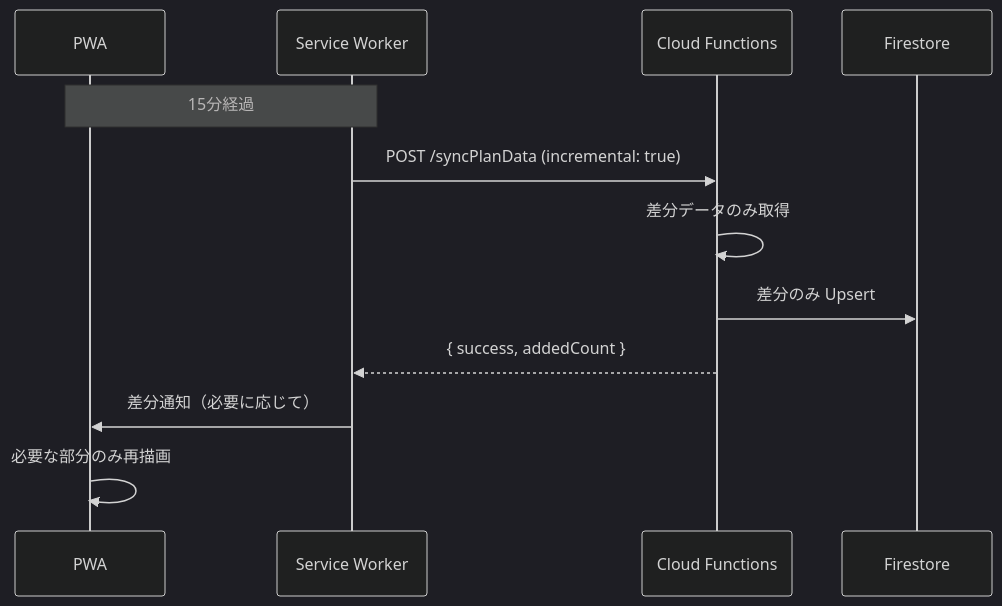
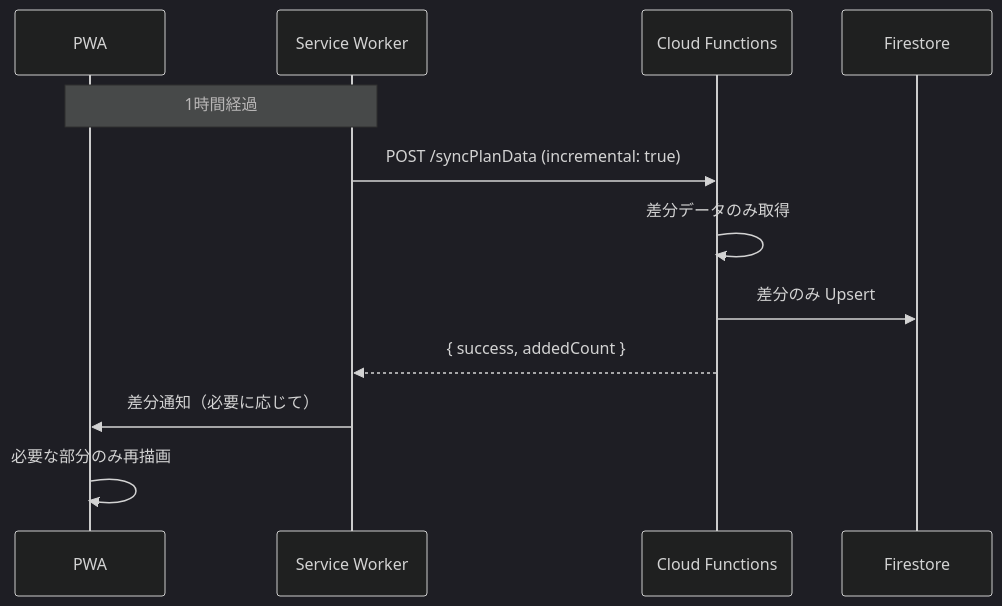
One commit to yasushihonda-acg/facility-care-input-form changed the first of 2 diagrams in docs/SYNC_STRATEGY.md. Above: the diagram before and after it, drawn with Mermaid (dark theme). The commit also changed other lines of this file and 2 other files, not shown here.

````diff
--- a/docs/SYNC_STRATEGY.md
+++ b/docs/SYNC_STRATEGY.md
@@ -95,15 +95,15 @@
 ```mermaid
 sequenceDiagram
     participant PWA as PWA
     participant SW as Service Worker
     participant CF as Cloud Functions
     participant FS as Firestore
 
-    Note over PWA,SW: 15分経過
+    Note over PWA,SW: 1時間経過
     SW->>CF: POST /syncPlanData (incremental: true)
     CF->>CF: 差分データのみ取得
     CF->>FS: 差分のみ Upsert
     CF-->>SW: { success, addedCount }
     SW->>PWA: 差分通知（必要に応じて）
     PWA->>PWA: 必要な部分のみ再描画
 ```
````
